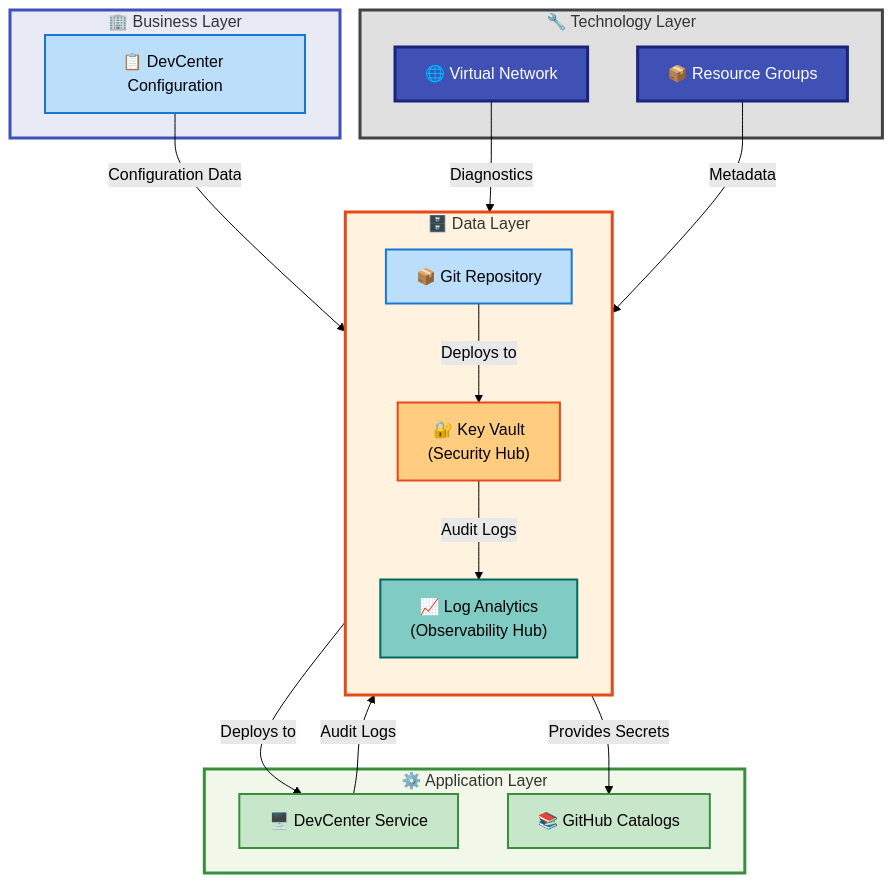
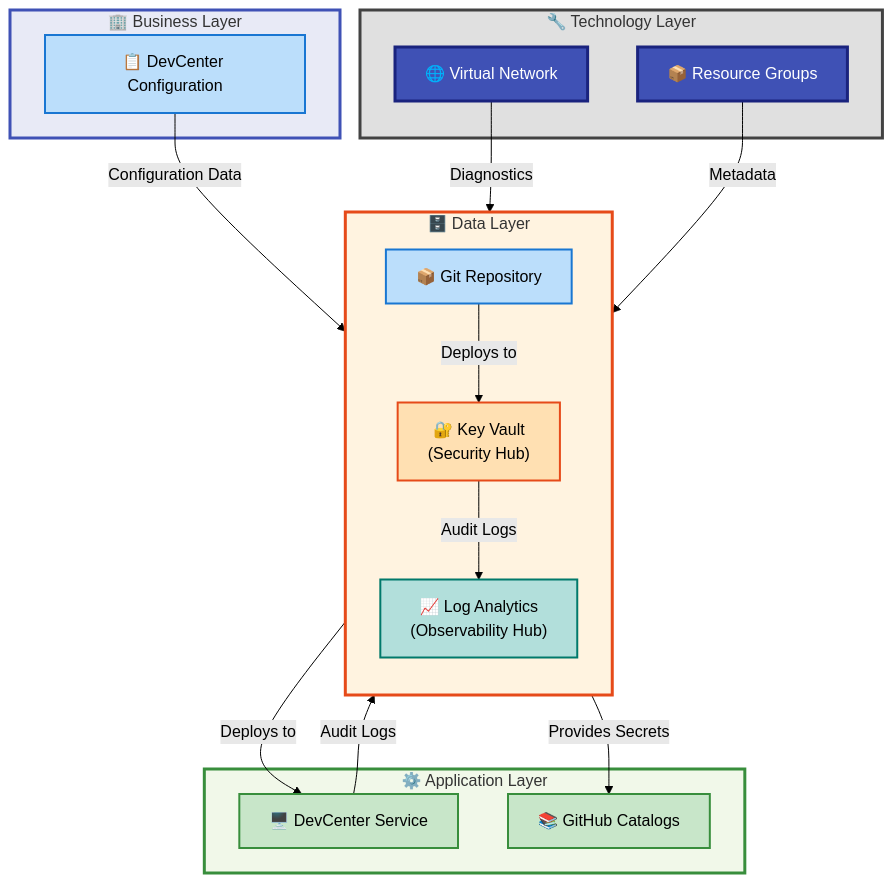
Before and after one commit to Evilazaro/DevExp-DevBox: the fifth of 9 diagrams in docs/architecture/data-architecture.md, drawn with Mermaid (forest theme). The commit also changed other lines of this file, not shown here.

Commit message:
refactor: update color scheme documentation for data domains and flow stages

````diff
--- a/docs/architecture/data-architecture.md
+++ b/docs/architecture/data-architecture.md
@@ -1380,58 +1380,58 @@
 ```mermaid
 flowchart TB
     accTitle: Data Layer Integration Topology
     accDescr: Shows data layer dependencies and integration patterns with Business, Application, and Technology layers. Key Vault acts as security hub providing secrets to all layers. Log Analytics acts as observability hub collecting diagnostics from all resources. Configuration data flows unidirectionally from Git repository through Bicep deployment to Azure resources.
 
     %% ============================================
     %% STANDARD COLOR SCHEME v2.8.0 - Material Design Compliant
     %% ============================================
     %% SEMANTIC COLORS (architectural layers - functional purpose):
     %%   Blue=#BBDEFB (Business/Configuration)
-    %%   Orange=#FFCC80 (Security - Key Vault)
-    %%   Teal=#80CBC4 (Observability - Log Analytics)
+    %%   Orange=#FFE0B2 (Security - Key Vault)
+    %%   Teal=#B2DFDB (Observability - Log Analytics)
     %%   Green=#C8E6C9 (Application Layer)
     %%   Indigo=#3F51B5 (Technology Layer)
-    %% Material Design palette with WCAG AA compliance
+    %% Material Design 100-level palette with WCAG AA compliance
     %% ============================================
 
     classDef mdIndigoDark fill:#3F51B5,stroke:#1A237E,stroke-width:3px,color:#FFF
     classDef mdBlue fill:#BBDEFB,stroke:#1976D2,stroke-width:2px,color:#000
-    classDef mdOrange fill:#FFCC80,stroke:#E64A19,stroke-width:2px,color:#000
-    classDef mdTeal fill:#80CBC4,stroke:#00695C,stroke-width:2px,color:#000
+    classDef mdOrange fill:#FFE0B2,stroke:#E64A19,stroke-width:2px,color:#000
+    classDef mdTeal fill:#B2DFDB,stroke:#00796B,stroke-width:2px,color:#000
     classDef mdGreen fill:#C8E6C9,stroke:#388E3C,stroke-width:2px,color:#000
 
     subgraph BusinessLayer["🏢 Business Layer"]
         BizConfig["📋 DevCenter Configuration"]:::mdBlue
     end
 
     subgraph ApplicationLayer["⚙️ Application Layer"]
         DevCenter["🖥️ DevCenter Service"]:::mdGreen
         Catalogs["📚 GitHub Catalogs"]:::mdGreen
     end
 
     subgraph DataLayer["🗄️ Data Layer"]
         direction TB
         KV["🔐 Key Vault<br/>(Security Hub)"]:::mdOrange
         LA["📈 Log Analytics<br/>(Observability Hub)"]:::mdTeal
         Git["📦 Git Repository"]:::mdBlue
     end
 
     subgraph TechnologyLayer["🔧 Technology Layer"]
         VNet["🌐 Virtual Network"]:::mdIndigoDark
         ResourceGroups["📦 Resource Groups"]:::mdIndigoDark
     end
 
     BizConfig -->|Configuration Data| Git
     Git -->|Deploys to| KV
     Git -->|Deploys to| DevCenter
     KV -->|Provides Secrets| Catalogs
     DevCenter -->|Audit Logs| LA
     KV -->|Audit Logs| LA
     VNet -->|Diagnostics| LA
     ResourceGroups -->|Metadata| LA
 
     style BusinessLayer fill:#E8EAF6,stroke:#3F51B5,stroke-width:3px
     style ApplicationLayer fill:#F1F8E9,stroke:#388E3C,stroke-width:3px
     style DataLayer fill:#FFF3E0,stroke:#E64A19,stroke-width:3px
     style TechnologyLayer fill:#E0E0E0,stroke:#424242,stroke-width:3px
 ```
````
